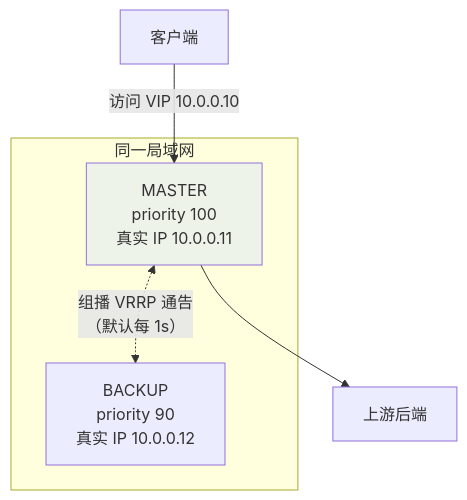
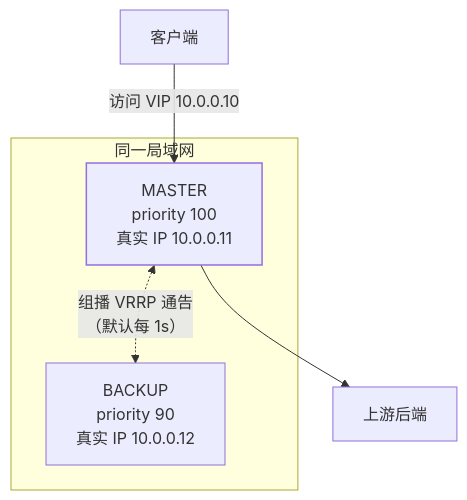
Before and after one commit to Loadhao/ascension: the diagram in src/content/docs/nginx/intermediate/proxy/03-keepalived-ha.md, drawn with Mermaid. The commit also changed 87 other files, not shown here.

First line of the commit message:
fix: 全站图表配色改由主题接管，修复暗色主题下浅底浅字看不清

````diff
--- a/src/content/docs/nginx/intermediate/proxy/03-keepalived-ha.md
+++ b/src/content/docs/nginx/intermediate/proxy/03-keepalived-ha.md
@@ -18,11 +18,12 @@
 ```mermaid
 flowchart TB
     subgraph LAN["同一局域网"]
         M["MASTER<br/>priority 100<br/>真实 IP 10.0.0.11"]
         B["BACKUP<br/>priority 90<br/>真实 IP 10.0.0.12"]
         M <-. "组播 VRRP 通告<br/>（默认每 1s）" .-> B
     end
     C["客户端"] -->|"访问 VIP 10.0.0.10"| M
     M --> U["上游后端"]
-    style M fill:#eef3ea
+    class M good
+    classDef good stroke-width:1.5px
 ```
````
